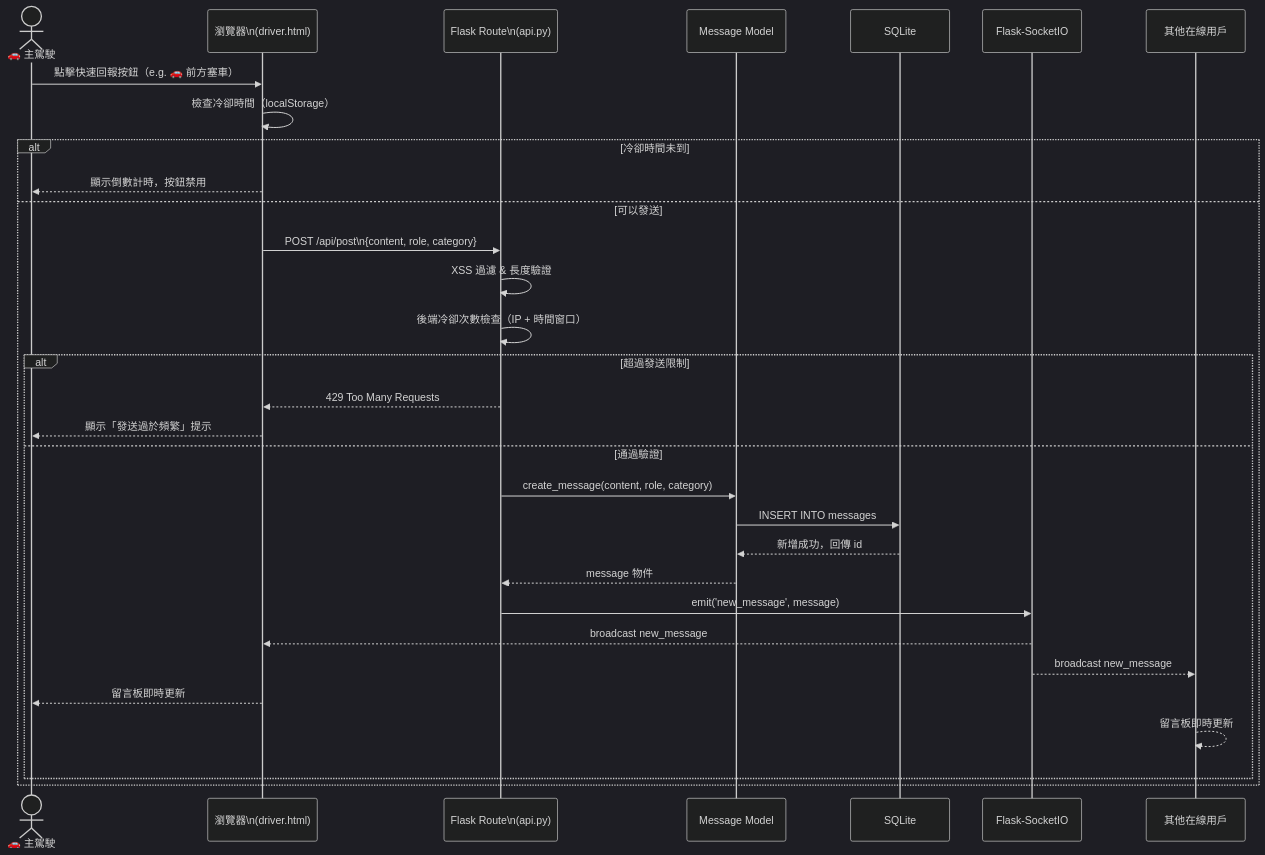
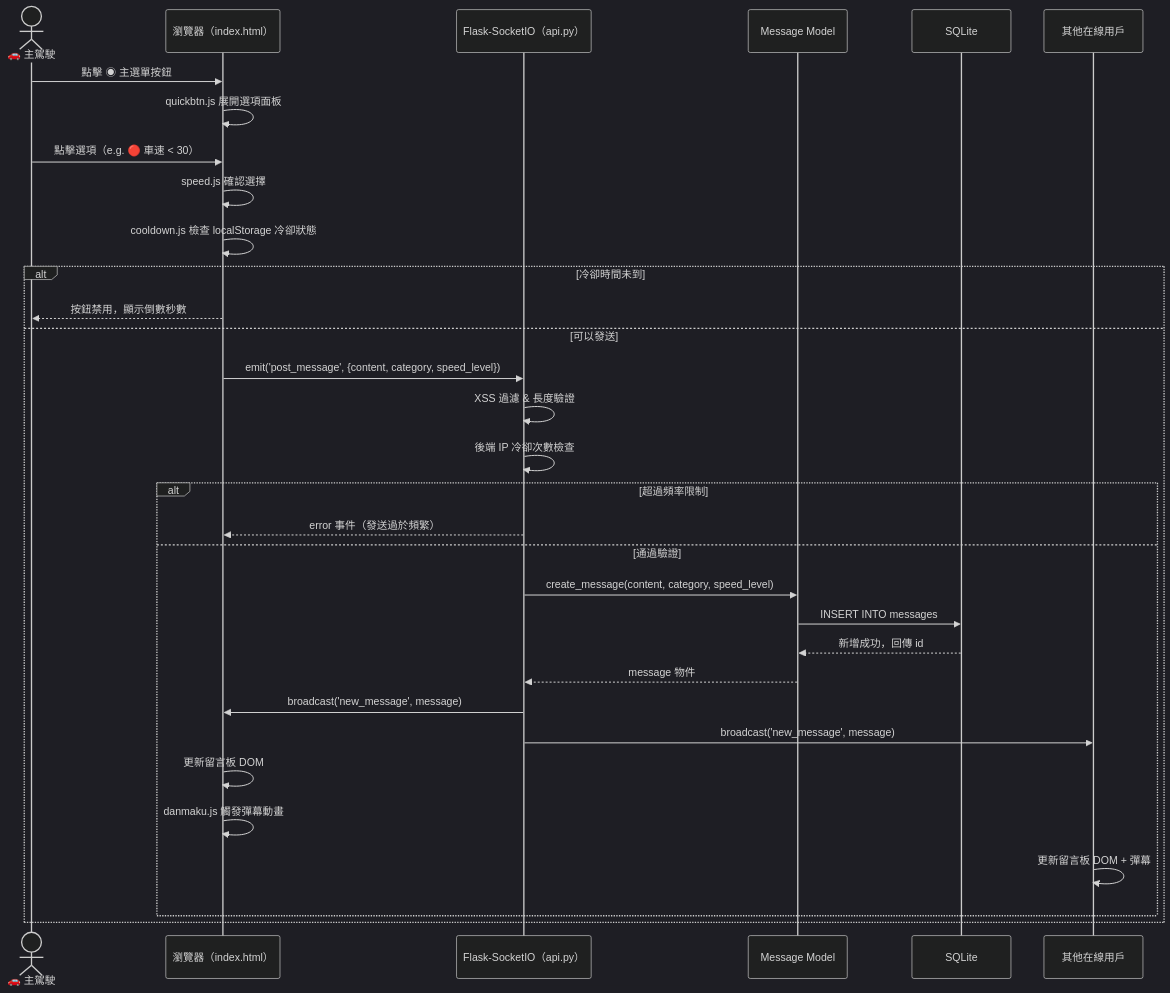
One commit to Nancy0200/google-map changed the second of 6 diagrams in docs/FLOWCHART.md. Above: the diagram before and after it, drawn with Mermaid (dark theme). The commit also changed other lines of this file and 2 other files, not shown here.

Commit message:
docs: revise architecture to single-page layout with quick buttons

````diff
--- a/docs/FLOWCHART.md
+++ b/docs/FLOWCHART.md
@@ -57,34 +52,37 @@
 ```mermaid
 sequenceDiagram
     actor Driver as 🚗 主駕駛
-    participant Browser as 瀏覽器\n(driver.html)
-    participant Flask as Flask Route\n(api.py)
+    participant Browser as 瀏覽器（index.html）
+    participant Flask as Flask-SocketIO（api.py）
     participant Model as Message Model
     participant DB as SQLite
-    participant SocketIO as Flask-SocketIO
     participant Others as 其他在線用戶
 
-    Driver->>Browser: 點擊快速回報按鈕（e.g. 🚗 前方塞車）
-    Browser->>Browser: 檢查冷卻時間（localStorage）
+    Driver->>Browser: 點擊 ◉ 主選單按鈕
+    Browser->>Browser: quickbtn.js 展開選項面板
+
+    Driver->>Browser: 點擊選項（e.g. 🔴 車速 < 30）
+    Browser->>Browser: speed.js 確認選擇
+    Browser->>Browser: cooldown.js 檢查 localStorage 冷卻狀態
+
     alt 冷卻時間未到
-        Browser-->>Driver: 顯示倒數計時，按鈕禁用
+        Browser-->>Driver: 按鈕禁用，顯示倒數秒數
     else 可以發送
-        Browser->>Flask: POST /api/post\n{content, role, category}
+        Browser->>Flask: emit('post_message', {content, category, speed_level})
         Flask->>Flask: XSS 過濾 & 長度驗證
-        Flask->>Flask: 後端冷卻次數檢查（IP + 時間窗口）
-        alt 超過發送限制
-            Flask-->>Browser: 429 Too Many Requests
-            Browser-->>Driver: 顯示「發送過於頻繁」提示
+        Flask->>Flask: 後端 IP 冷卻次數檢查
+        alt 超過頻率限制
+            Flask-->>Browser: error 事件（發送過於頻繁）
         else 通過驗證
-            Flask->>Model: create_message(content, role, category)
+            Flask->>Model: create_message(content, category, speed_level)
             Model->>DB: INSERT INTO messages
             DB-->>Model: 新增成功，回傳 id
             Model-->>Flask: message 物件
-            Flask->>SocketIO: emit('new_message', message)
-            SocketIO-->>Browser: broadcast new_message
-            SocketIO-->>Others: broadcast new_message
-            Browser-->>Driver: 留言板即時更新
-            Others-->>Others: 留言板即時更新
+            Flask->>Browser: broadcast('new_message', message)
+            Flask->>Others: broadcast('new_message', message)
+            Browser->>Browser: 更新留言板 DOM
+            Browser->>Browser: danmaku.js 觸發彈幕動畫
+            Others->>Others: 更新留言板 DOM + 彈幕
         end
     end
 ```
````
